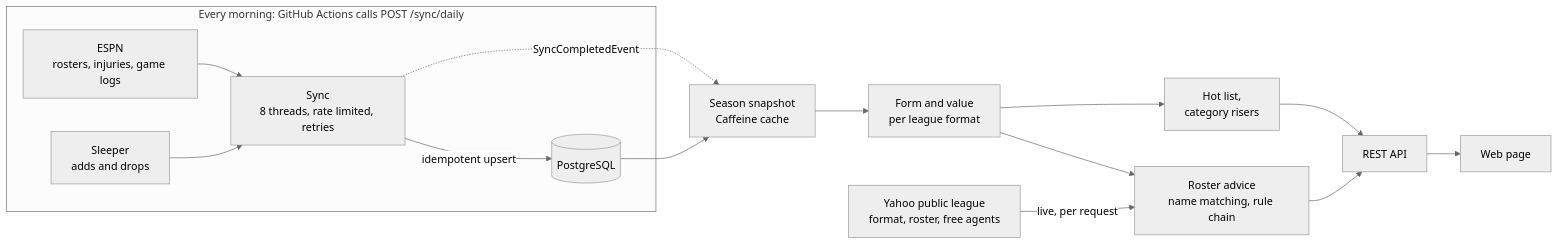
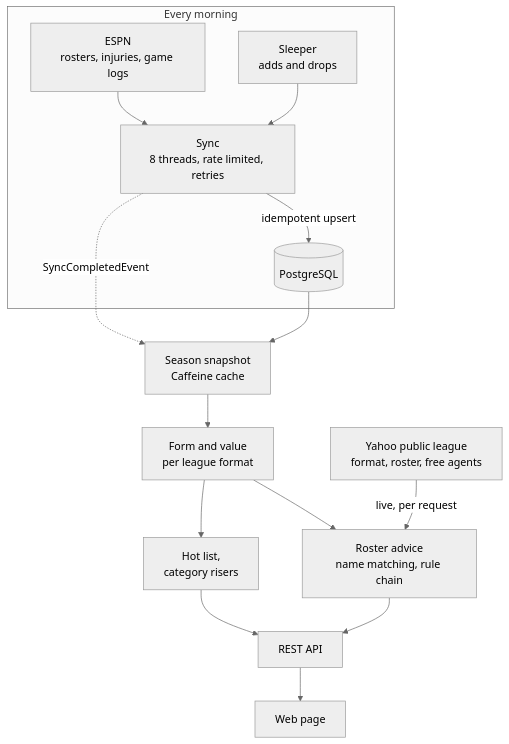
One commit to leibori/nba-fantasy-scout changed the diagram in README.md. Above: the diagram before and after it, drawn with Mermaid (neutral theme).

Commit message:
Make the README's architecture diagram top-down so it reads in GitHub's column

````diff
--- a/README.md
+++ b/README.md
@@ -63,17 +63,17 @@
 ```mermaid
-flowchart LR
-    subgraph daily["Every morning: GitHub Actions calls POST /sync/daily"]
+flowchart TD
+    subgraph daily["Every morning"]
         ESPN["ESPN<br>rosters, injuries, game logs"] --> SYNC["Sync<br>8 threads, rate limited, retries"]
         SLEEPER["Sleeper<br>adds and drops"] --> SYNC
         SYNC -->|"idempotent upsert"| DB[("PostgreSQL")]
     end
     SYNC -.->|"SyncCompletedEvent"| CACHE
     DB --> CACHE["Season snapshot<br>Caffeine cache"]
     CACHE --> TREND["Form and value<br>per league format"]
     TREND --> HOT["Hot list,<br>category risers"]
     TREND --> ROSTER["Roster advice<br>name matching, rule chain"]
     YAHOO["Yahoo public league<br>format, roster, free agents"] -->|"live, per request"| ROSTER
     HOT --> API["REST API"]
     ROSTER --> API
     API --> WEB["Web page"]
 ```
````
